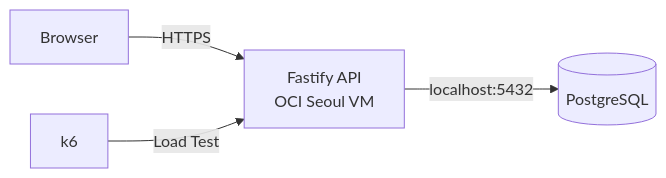
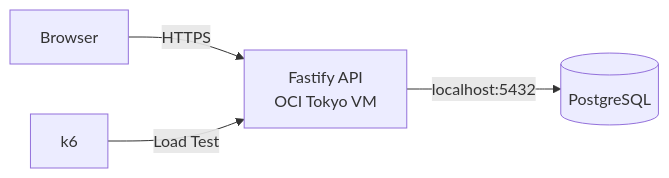
One commit to seoheejung/hourboard changed the diagram in .project/plan.md. Above: the diagram before and after it, drawn with Mermaid. The commit also changed other lines of this file and 4 other files, not shown here.

````diff
--- a/.project/plan.md
+++ b/.project/plan.md
@@ -113,6 +113,6 @@
 ```mermaid
 flowchart LR
-    U[Browser] -->|HTTPS| A[Fastify API\nOCI Seoul VM]
+    U[Browser] -->|HTTPS| A[Fastify API\nOCI Tokyo VM]
     K[k6] -->|Load Test| A
     A -->|localhost:5432| P[(PostgreSQL)]
 ```
````
